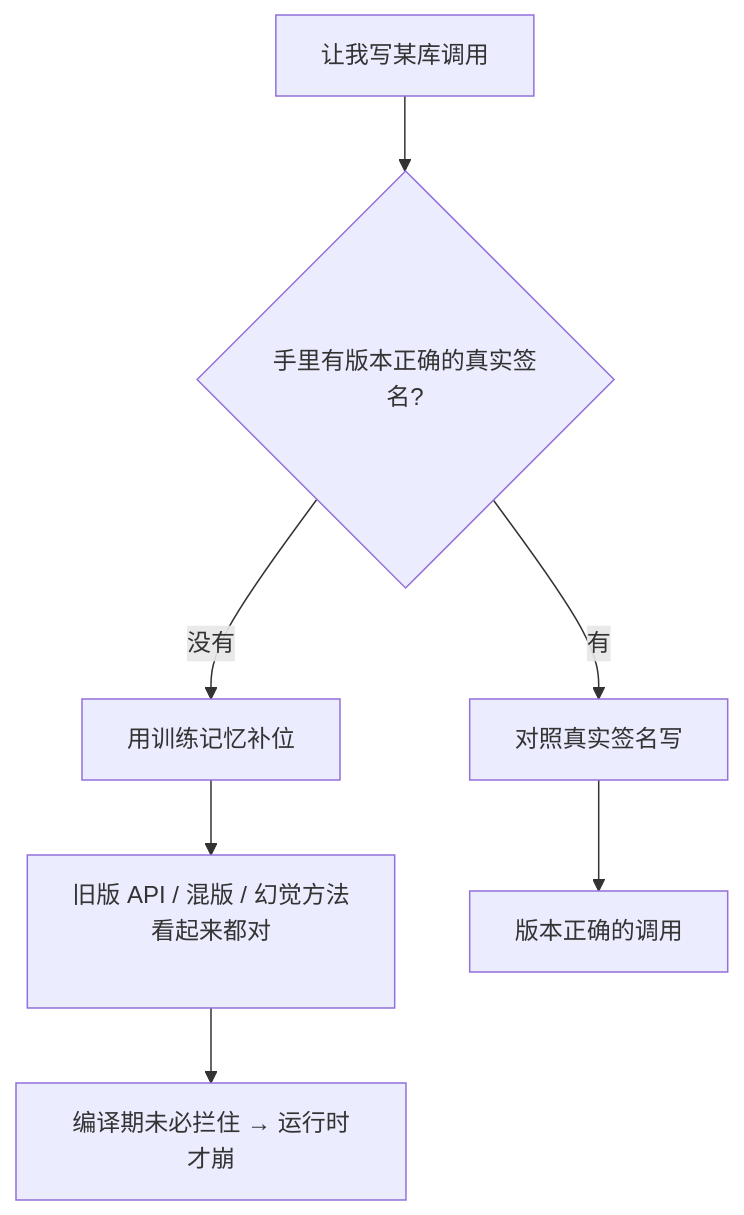
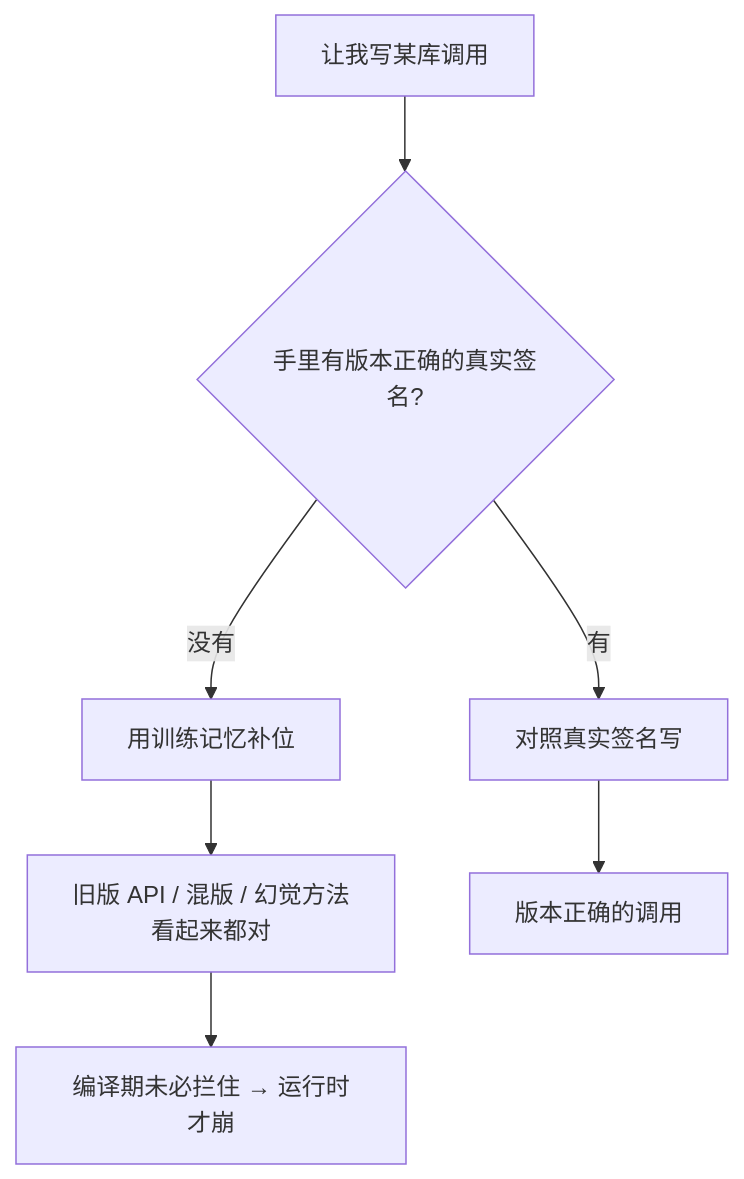
The diagram in docs/05-implementation/hallucinated-api-version-drift.mdx (XuebinMa/AIWiki), drawn with Mermaid before and after one commit. The commit also changed 99 other files, not shown here.

First line of the commit message:
fix(mermaid): 全局根治节点文字裁切（htmlLabels:false + 清理 br/nbsp 占位）(#26)

````diff
--- a/docs/05-implementation/hallucinated-api-version-drift.mdx
+++ b/docs/05-implementation/hallucinated-api-version-drift.mdx
@@ -43,9 +43,9 @@
 ```mermaid
 flowchart TD
     A[让我写某库调用] --> B{手里有版本正确的真实签名?}
     B -- 没有 --> C[用训练记忆补位]
-    C --> D["旧版 API / 混版 / 幻觉方法<br/>看起来都对<br/>&nbsp;"]
+    C --> D["旧版 API / 混版 / 幻觉方法<br/>看起来都对"]
     D --> E[编译期未必拦住 → 运行时才崩]
     B -- 有 --> F[对照真实签名写]
     F --> G[版本正确的调用]
 ```
````
